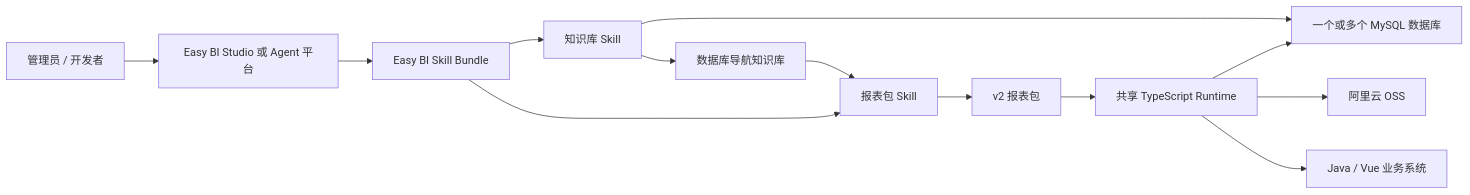
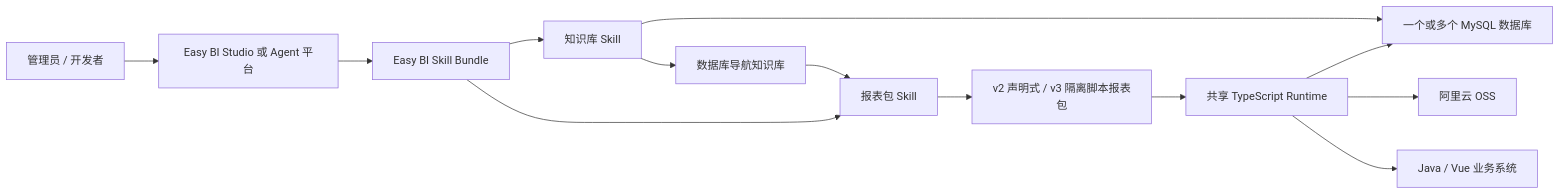
Before and after one commit to koigxx/easybi-studio: the first of 3 diagrams in skill-source/easy-bi/docs/总体架构.md, drawn with Mermaid. The commit also changed other lines of this file and 53 other files, not shown here.

````diff
--- a/skill-source/easy-bi/docs/总体架构.md
+++ b/skill-source/easy-bi/docs/总体架构.md
@@ -18,15 +18,15 @@
 ```mermaid
 flowchart LR
     Admin["管理员 / 开发者"] --> Studio["Easy BI Studio 或 Agent 平台"]
     Studio --> Bundle["Easy BI Skill Bundle"]
     Bundle --> Knowledge["知识库 Skill"]
     Bundle --> Report["报表包 Skill"]
     Knowledge --> MySQL["一个或多个 MySQL 数据库"]
     Knowledge --> Catalog["数据库导航知识库"]
     Catalog --> Report
-    Report --> Packages["v2 报表包"]
+    Report --> Packages["v2 声明式 / v3 隔离脚本报表包"]
     Packages --> Runtime["共享 TypeScript Runtime"]
     Runtime --> MySQL
     Runtime --> OSS["阿里云 OSS"]
     Runtime --> Business["Java / Vue 业务系统"]
 ```
````
